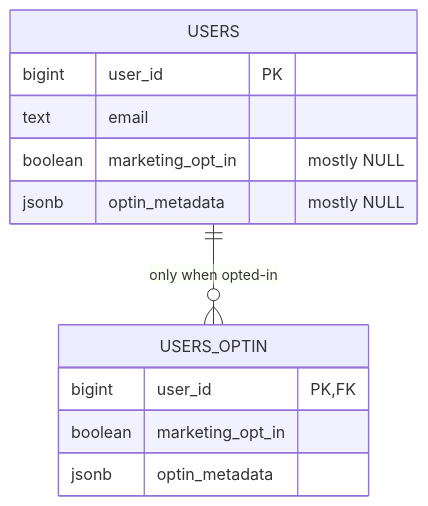
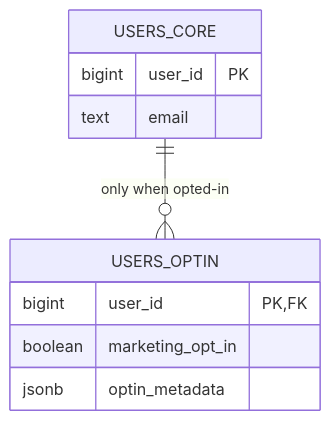
One commit to AlxcNL/Data-Technologies-public changed the fourth of 4 diagrams in Workshops/Workshop 5 - Optimalisation/4 - Partitioning.md. Above: the diagram before and after it, drawn with Mermaid. The commit also changed other lines of this file, not shown here.

````diff
--- a/Workshops/Workshop 5 - Optimalisation/4 - Partitioning.md
+++ b/Workshops/Workshop 5 - Optimalisation/4 - Partitioning.md
@@ -248,17 +259,14 @@
 ```mermaid
 erDiagram
-    USERS {
+USERS_CORE {
         bigint user_id PK
         text   email
-        boolean marketing_opt_in  "mostly NULL"
-        jsonb  optin_metadata     "mostly NULL"
     }
-
-    USERS_OPTIN {
+USERS_OPTIN {
         bigint user_id PK, FK
         boolean marketing_opt_in
         jsonb   optin_metadata
     }
 
-    USERS ||--o{ USERS_OPTIN : "only when opted-in"
+USERS_CORE ||--o{ USERS_OPTIN : "only when opted-in"
 ```
````
